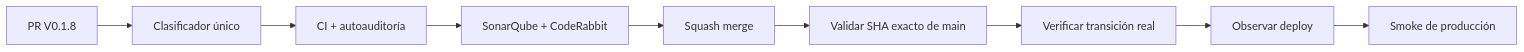
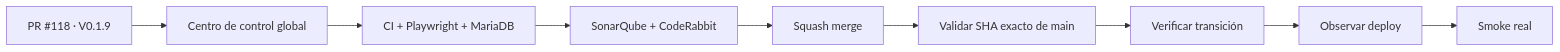
Before and after one commit to pl0n3r/Condor: the diagram in README.md, drawn with Mermaid. The commit also changed other lines of this file and 17 other files, not shown here.

First line of the commit message:
feat: centro de control global y contexto de empresa (V 0.1.9) (#118)

````diff
--- a/README.md
+++ b/README.md
@@ -59,11 +65,11 @@
 ```mermaid
 flowchart LR
-    A[PR V0.1.8] --> B[Clasificador único]
-    B --> C[CI + autoauditoría]
+    A[PR #118 · V0.1.9] --> B[Centro de control global]
+    B --> C[CI + Playwright + MariaDB]
     C --> D[SonarQube + CodeRabbit]
     D --> E[Squash merge]
     E --> F[Validar SHA exacto de main]
-    F --> G[Verificar transición real]
+    F --> G[Verificar transición]
     G --> H[Observar deploy]
-    H --> I[Smoke de producción]
+    H --> I[Smoke real]
 ```
````
